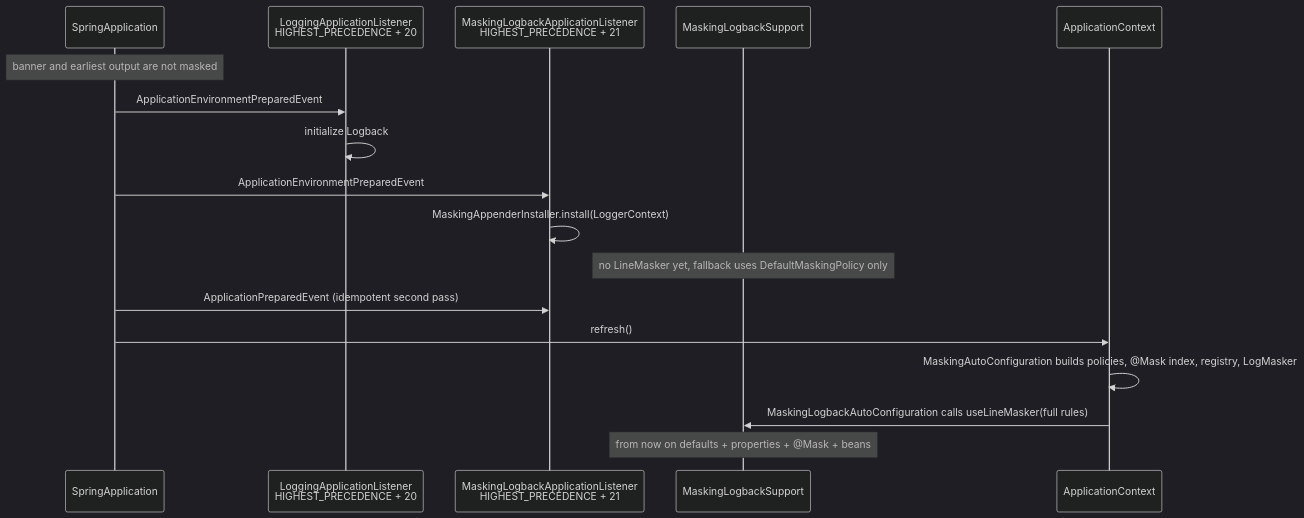
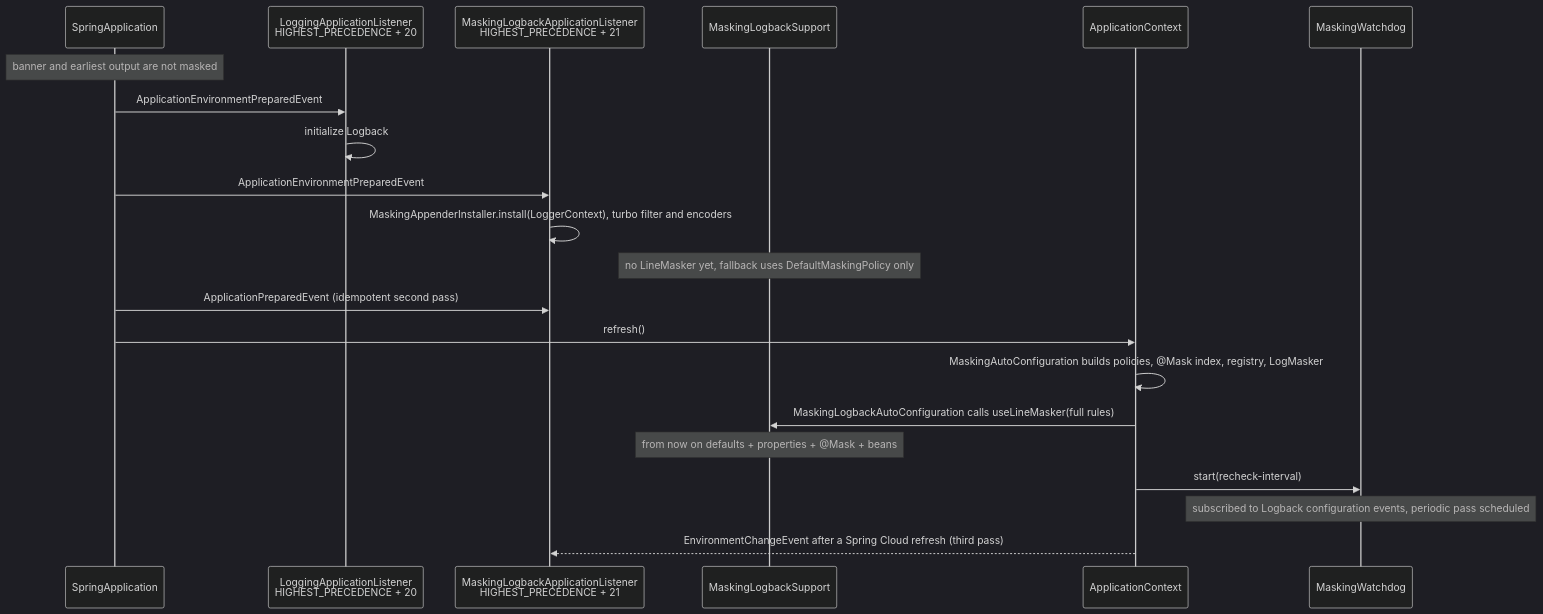
Before and after one commit to laipan009/log-masking-spring-boot-starter: the second of 6 diagrams in docs/architecture.md, drawn with Mermaid (dark theme). The commit also changed other lines of this file and 35 other files, not shown here.

First line of the commit message:
Mask log events at the source and keep masking attached (#5)

````diff
--- a/docs/architecture.md
+++ b/docs/architecture.md
@@ -110,20 +124,24 @@
 ```mermaid
 sequenceDiagram
   participant Boot as SpringApplication
   participant LAL as LoggingApplicationListener<br/>HIGHEST_PRECEDENCE + 20
   participant MLL as MaskingLogbackApplicationListener<br/>HIGHEST_PRECEDENCE + 21
   participant Sup as MaskingLogbackSupport
   participant Ctx as ApplicationContext
+  participant WD as MaskingWatchdog
 
   Note over Boot: banner and earliest output are not masked
   Boot->>LAL: ApplicationEnvironmentPreparedEvent
   LAL->>LAL: initialize Logback
   Boot->>MLL: ApplicationEnvironmentPreparedEvent
-  MLL->>MLL: MaskingAppenderInstaller.install(LoggerContext)
+  MLL->>MLL: MaskingAppenderInstaller.install(LoggerContext), turbo filter and encoders
   Note over Sup: no LineMasker yet, fallback uses DefaultMaskingPolicy only
   Boot->>MLL: ApplicationPreparedEvent (idempotent second pass)
   Boot->>Ctx: refresh()
   Ctx->>Ctx: MaskingAutoConfiguration builds policies, @Mask index, registry, LogMasker
   Ctx->>Sup: MaskingLogbackAutoConfiguration calls useLineMasker(full rules)
   Note over Sup: from now on defaults + properties + @Mask + beans
+  Ctx->>WD: start(recheck-interval)
+  Note over WD: subscribed to Logback configuration events, periodic pass scheduled
+  Ctx-->>MLL: EnvironmentChangeEvent after a Spring Cloud refresh (third pass)
 ```
````
